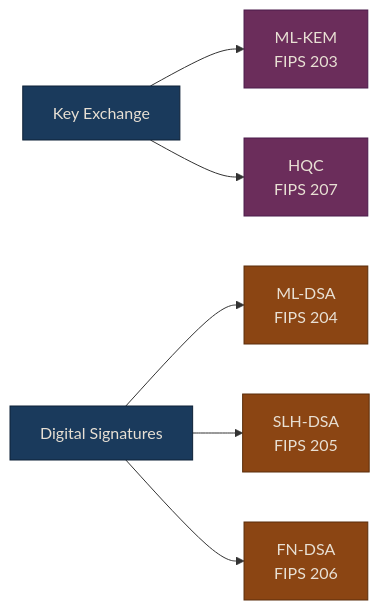
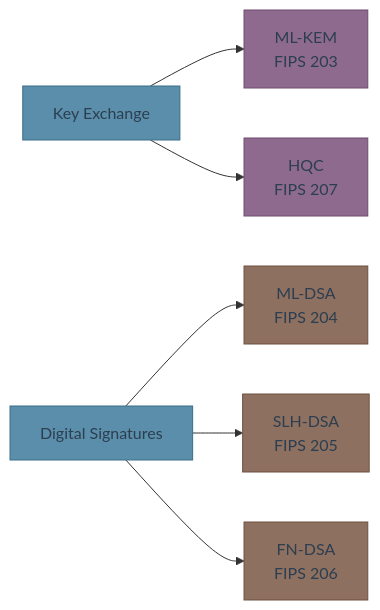
One commit to MichaelTien8901/pqc-engineering-guide changed the first of 2 diagrams in 02-pqc-algorithms.md. Above: the diagram before and after it, drawn with Mermaid. The commit also changed other lines of this file and 8 other files, not shown here.

First line of the commit message:
Fix Mermaid paper-like styling matching reference project

````diff
--- a/02-pqc-algorithms.md
+++ b/02-pqc-algorithms.md
@@ -14,16 +14,16 @@
 ```mermaid
 flowchart LR
     KE[Key Exchange] --> MLKEM[ML-KEM<br/>FIPS 203]
     KE --> HQC2[HQC<br/>FIPS 207]
     SIG[Digital Signatures] --> MLDSA[ML-DSA<br/>FIPS 204]
     SIG --> SLHDSA[SLH-DSA<br/>FIPS 205]
     SIG --> FNDSA[FN-DSA<br/>FIPS 206]
 
-    classDef use fill:#1a3a5c,stroke:#0d2137,color:#e8e0d4
-    classDef kem fill:#6b2d5b,stroke:#4a1a4a,color:#e8e0d4
-    classDef sig fill:#8b4513,stroke:#5a2d0a,color:#e8e0d4
+    classDef use fill:#5a8eaa,stroke:#3a6e8a,color:#2c3e50
+    classDef kem fill:#8e6b8e,stroke:#6e4a6e,color:#2c3e50
+    classDef sig fill:#8e7060,stroke:#6e5040,color:#2c3e50
 
     class KE,SIG use
     class MLKEM,HQC2 kem
     class MLDSA,SLHDSA,FNDSA sig
 ```
````
